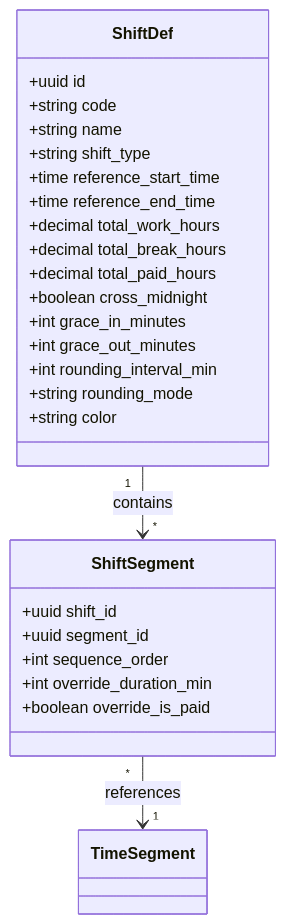
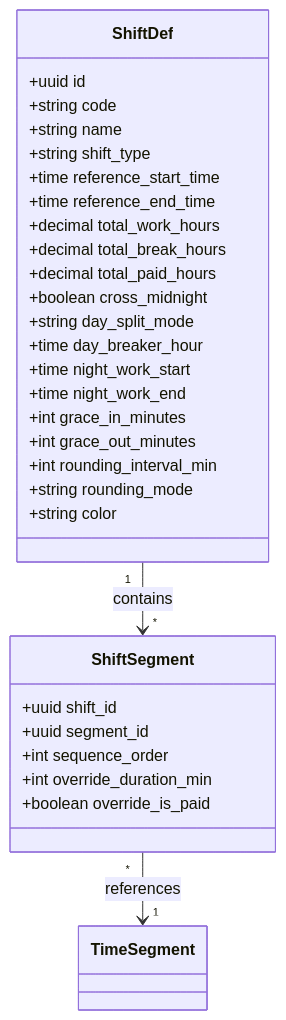
Before and after one commit to a4b-corporation/xTalent: the second of 6 diagrams in docs/02-dbml/TA/01-scheduling-model.md, drawn with Mermaid. The commit also changed other lines of this file and 3 other files, not shown here.

````diff
--- a/docs/02-dbml/TA/01-scheduling-model.md
+++ b/docs/02-dbml/TA/01-scheduling-model.md
@@ -219,31 +219,35 @@
 ```mermaid
 classDiagram
     class ShiftDef {
         +uuid id
         +string code
         +string name
         +string shift_type
         +time reference_start_time
         +time reference_end_time
         +decimal total_work_hours
         +decimal total_break_hours
         +decimal total_paid_hours
         +boolean cross_midnight
+        +string day_split_mode
+        +time day_breaker_hour
+        +time night_work_start
+        +time night_work_end
         +int grace_in_minutes
         +int grace_out_minutes
         +int rounding_interval_min
         +string rounding_mode
         +string color
     }
     
     class ShiftSegment {
         +uuid shift_id
         +uuid segment_id
         +int sequence_order
         +int override_duration_min
         +boolean override_is_paid
     }
     
     ShiftDef "1" --> "*" ShiftSegment : contains
     ShiftSegment "*" --> "1" TimeSegment : references
 ```
````
